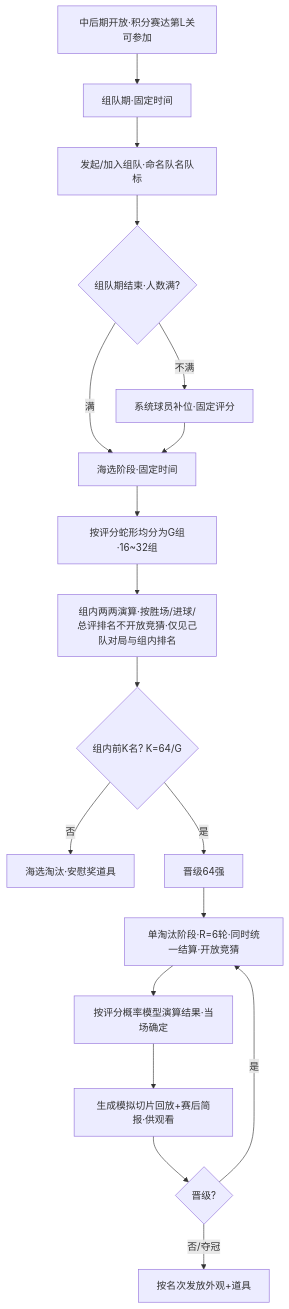
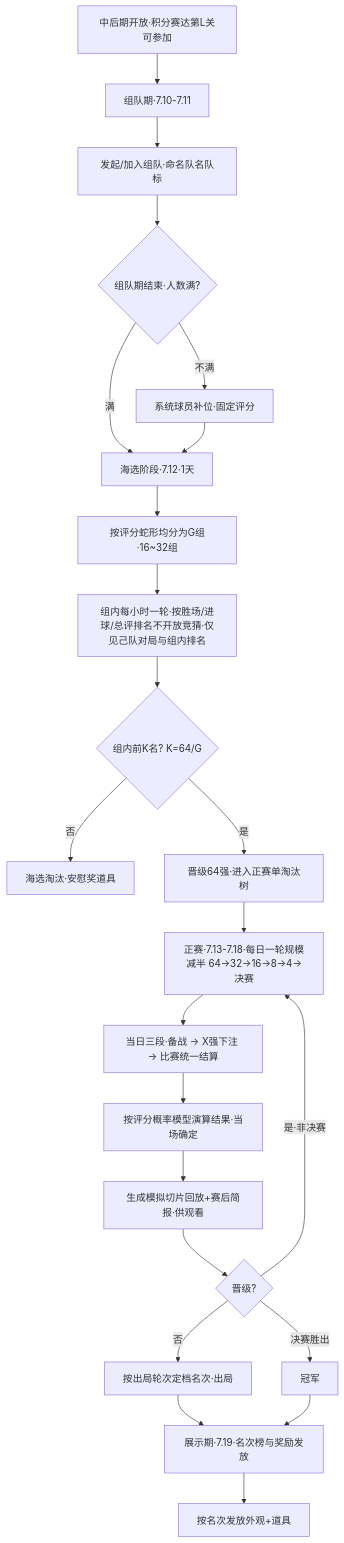
One commit to RehearsalTap4Fun/MindToDoc changed the sixth of 7 diagrams in output/2026世界杯主题活动-开发文档.md. Above: the diagram before and after it, drawn with Mermaid. The commit also changed other lines of this file and 1 other file, not shown here.

Commit message:
docs: add 识图标注写文档 workflow and update dev doc

````diff
--- a/output/2026世界杯主题活动-开发文档.md
+++ b/output/2026世界杯主题活动-开发文档.md
@@ -658,20 +705,25 @@
 ```mermaid
 flowchart TD
-    A[中后期开放·积分赛达第L关可参加] --> B[组队期·固定时间]
+    A[中后期开放·积分赛达第L关可参加] --> B[组队期·7.10-7.11]
     B --> C[发起/加入组队·命名队名队标]
     C --> D{组队期结束·人数满?}
 D -->|不满| E[系统球员补位·固定评分]
- D -->|满| F[海选阶段·固定时间]
+ D -->|满| F[海选阶段·7.12·1天]
  E --> F
  F --> G[按评分蛇形均分为G组·16~32组]
- G --> H[组内两两演算·按胜场/进球/总评排名不开放竞猜·仅见己队对局与组内排名]
+ G --> H[组内每小时一轮·按胜场/进球/总评排名不开放竞猜·仅见己队对局与组内排名]
  H --> I{组内前K名? K=64/G}
  I -->|否| J[海选淘汰·安慰奖道具]
- I -->|是| K[晋级64强]
- K --> L[单淘汰阶段·R=6轮·同时统一结算·开放竞猜]
- L --> M[按评分概率模型演算结果·当场确定]
- M --> N[生成模拟切片回放+赛后简报·供观看]
- N --> O{晋级?}
- O -->|是| L
- O -->|否/夺冠| P[按名次发放外观+道具]
+ I -->|是| K[晋级64强·进入正赛单淘汰树]
+ K --> L[正赛·7.13-7.18·每日一轮规模减半 64→32→16→8→4→决赛]
+ L --> M[当日三段·备战 → X强下注 → 比赛统一结算]
+ M --> N[按评分概率模型演算结果·当场确定]
+ N --> O[生成模拟切片回放+赛后简报·供观看]
+ O --> P{晋级?}
+ P -->|是·非决赛| L
+ P -->|否| Q[按出局轮次定档名次·出局]
+ P -->|决赛胜出| R[冠军]
+ Q --> S[展示期·7.19·名次榜与奖励发放]
+ R --> S
+ S --> T[按名次发放外观+道具]
 ```
````
